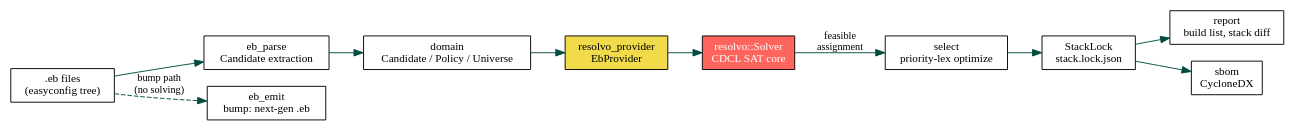
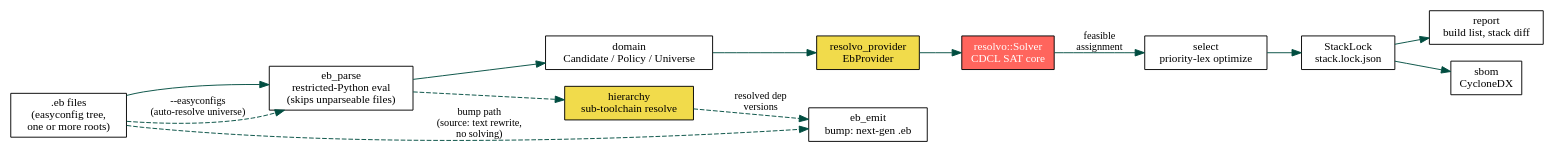
One commit to HaoZeke/eb-stack changed the diagram in docs/orgmode/explanation/architecture.org. Above: the diagram before and after it, drawn with Graphviz. The commit also changed other lines of this file and 8 other files, not shown here.

First line of the commit message:
docs: document auto-resolve bump, overlay solve, and honest fidelity

```diff
--- a/docs/orgmode/explanation/architecture.org
+++ b/docs/orgmode/explanation/architecture.org
@@ -9,26 +9,30 @@
 #+begin_src dot :file ../images/pipeline.svg :exports results
 digraph G {
     rankdir=LR;
     node [shape=box, style=filled, fillcolor="white", fontname="Jost", fontsize=12];
     edge [fontname="Jost", fontsize=11, color="#004D40"];
     graph [fontname="Jost"];
 
-    eb_files [label=".eb files\n(easyconfig tree)"];
-    parser [label="eb_parse\nCandidate extraction"];
+    eb_files [label=".eb files\n(easyconfig tree,\none or more roots)"];
+    parser [label="eb_parse\nrestricted-Python eval\n(skips unparseable files)"];
     domain [label="domain\nCandidate / Policy / Universe"];
     provider [label="resolvo_provider\nEbProvider", fillcolor="#F1DB4B"];
     solver [label="resolvo::Solver\nCDCL SAT core", fillcolor="#FF655D", fontcolor="white"];
     select [label="select\npriority-lex optimize"];
     lock [label="StackLock\nstack.lock.json"];
     report [label="report\nbuild list, stack diff"];
     sbom [label="sbom\nCycloneDX"];
+    hierarchy [label="hierarchy\nsub-toolchain resolve", fillcolor="#F1DB4B"];
     emit [label="eb_emit\nbump: next-gen .eb"];
 
     eb_files -> parser -> domain -> provider -> solver;
     solver -> select [label="feasible\nassignment"];
     select -> lock;
     lock -> report;
     lock -> sbom;
-    eb_files -> emit [style=dashed, label="bump path\n(no solving)"];
+    eb_files -> emit [style=dashed, label="bump path\n(source: text rewrite,\nno solving)"];
+    eb_files -> parser [style=dashed, label="--easyconfigs\n(auto-resolve universe)"];
+    parser -> hierarchy [style=dashed];
+    hierarchy -> emit [style=dashed, label="resolved dep\nversions"];
 }
 #+end_src
```
